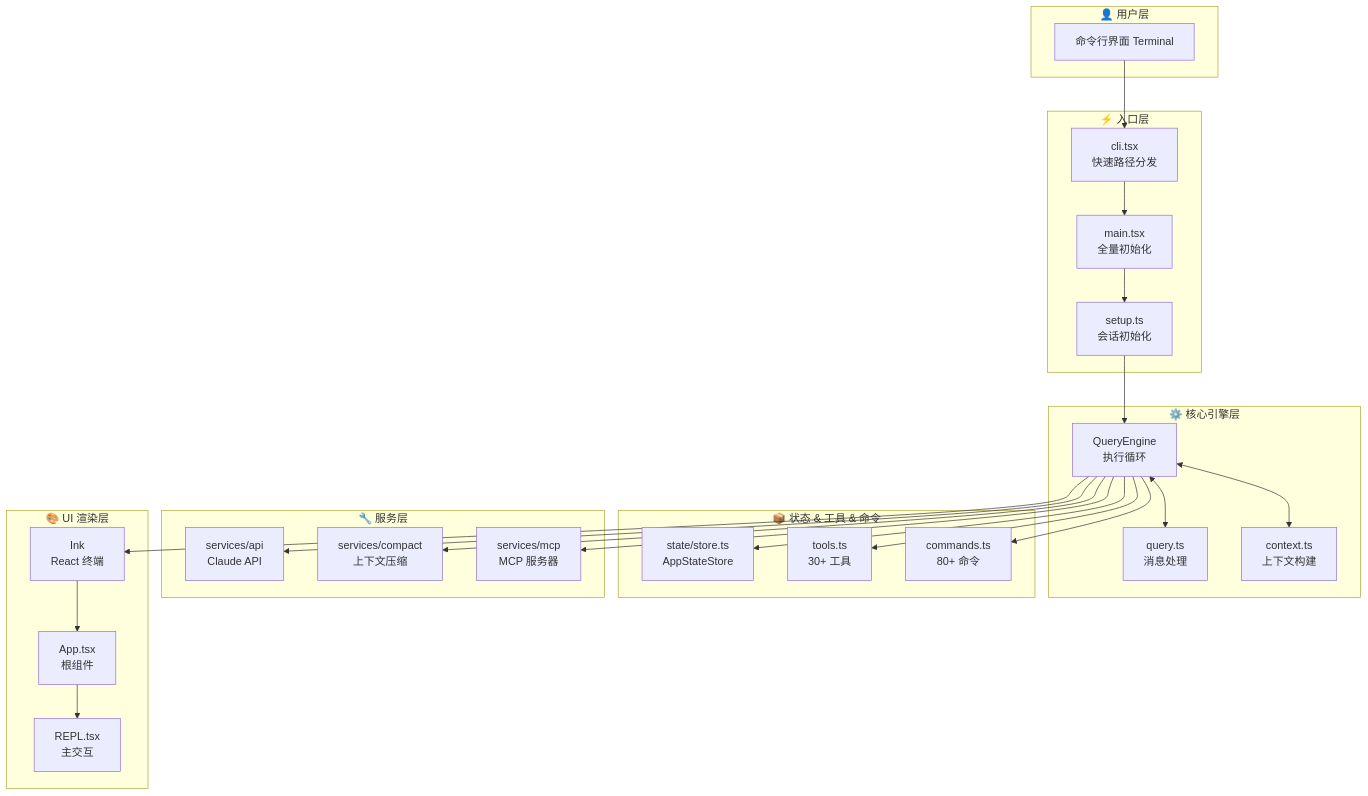
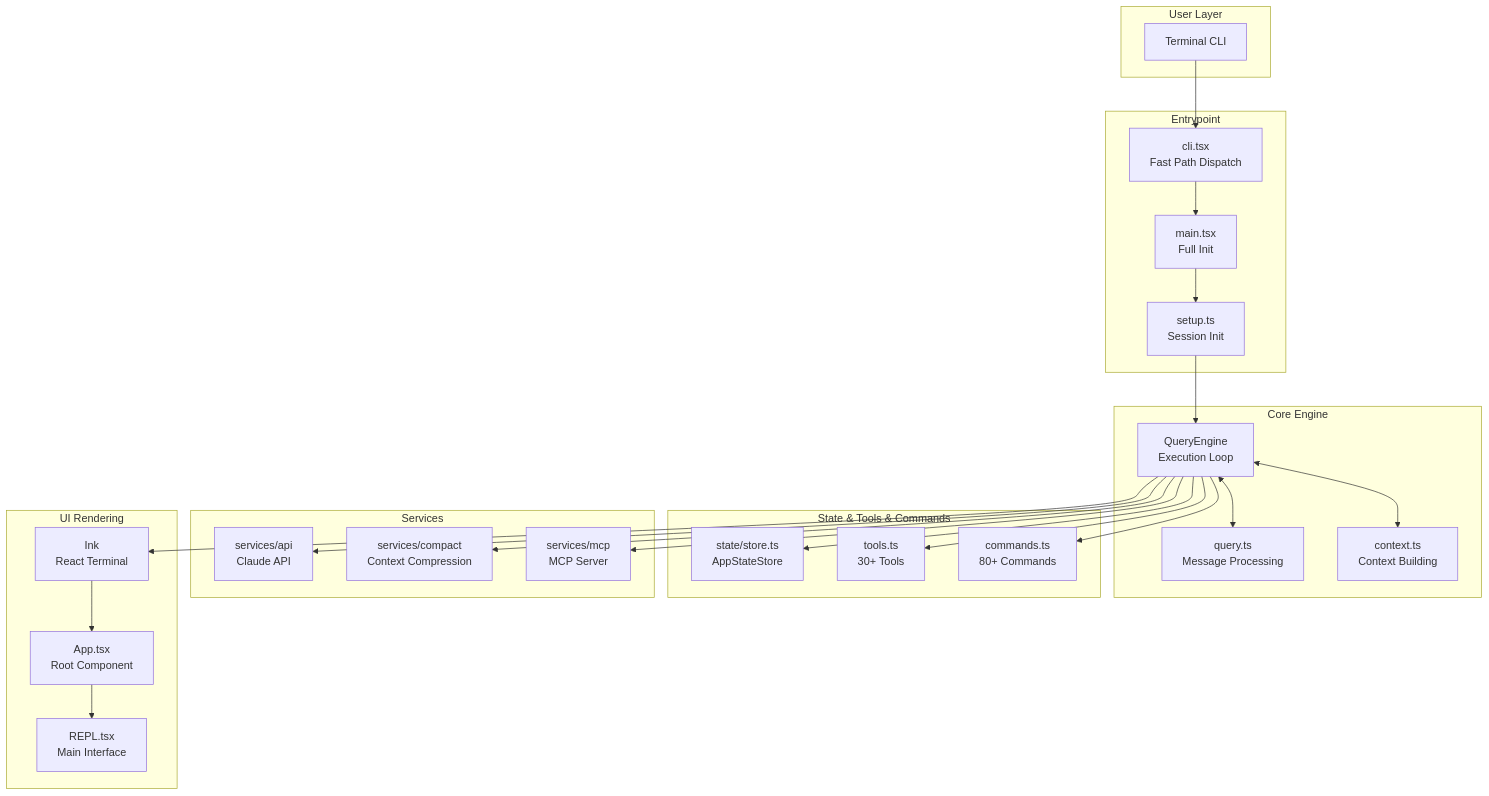
The first of 12 diagrams in analysis.md (zenHeart/claude-code-sourcemap), drawn with Mermaid before and after one commit. The commit also changed other lines of this file, not shown here.

````diff
--- a/analysis.md
+++ b/analysis.md
@@ -24,52 +26,52 @@
 ```mermaid
 flowchart TB
-    subgraph 用户层["👤 用户层"]
-        CLI["命令行界面 Terminal"]
+    subgraph 用户层["User Layer"]
+        CLI["Terminal CLI"]
     end
 
-    subgraph 入口层["⚡ 入口层"]
-        CLI_ENTRY["cli.tsx<br/>快速路径分发"]
-        MAIN["main.tsx<br/>全量初始化"]
-        SETUP["setup.ts<br/>会话初始化"]
+    subgraph 入口层["Entrypoint"]
+        CLI_ENTRY["cli.tsx<br/>Fast Path Dispatch"]
+        MAIN["main.tsx<br/>Full Init"]
+        SETUP["setup.ts<br/>Session Init"]
     end
 
-    subgraph 核心引擎层["⚙️ 核心引擎层"]
-        QE["QueryEngine<br/>执行循环"]
-        QUERY["query.ts<br/>消息处理"]
-        CONTEXT["context.ts<br/>上下文构建"]
+    subgraph 核心引擎层["Core Engine"]
+        QE["QueryEngine<br/>Execution Loop"]
+        QUERY["query.ts<br/>Message Processing"]
+        CONTEXT["context.ts<br/>Context Building"]
     end
 
-    subgraph 状态与工具["📦 状态 & 工具 & 命令"]
+    subgraph 状态与工具["State & Tools & Commands"]
         STATE["state/store.ts<br/>AppStateStore"]
-        TOOLS["tools.ts<br/>30+ 工具"]
-        CMDS["commands.ts<br/>80+ 命令"]
+        TOOLS["tools.ts<br/>30+ Tools"]
+        CMDS["commands.ts<br/>80+ Commands"]
     end
 
-    subgraph 服务层["🔧 服务层"]
+    subgraph 服务层["Services"]
         API["services/api<br/>Claude API"]
-        COMPACT["services/compact<br/>上下文压缩"]
-        MCP["services/mcp<br/>MCP 服务器"]
+        COMPACT["services/compact<br/>Context Compression"]
+        MCP["services/mcp<br/>MCP Server"]
     end
 
-    subgraph UI层["🎨 UI 渲染层"]
-        INK["Ink<br/>React 终端"]
-        APP["App.tsx<br/>根组件"]
-        REPL["REPL.tsx<br/>主交互"]
+    subgraph UI层["UI Rendering"]
+        INK["Ink<br/>React Terminal"]
+        APP["App.tsx<br/>Root Component"]
+        REPL["REPL.tsx<br/>Main Interface"]
     end
 
     CLI --> CLI_ENTRY
     CLI_ENTRY --> MAIN
     MAIN --> SETUP
     SETUP --> QE
     QE <--> QUERY
     QE <--> CONTEXT
     QE --> STATE
     QE --> TOOLS
     QE --> CMDS
     QE --> API
     QE --> COMPACT
     QE --> MCP
     QE --> INK
     INK --> APP
     APP --> REPL
 ```
````
